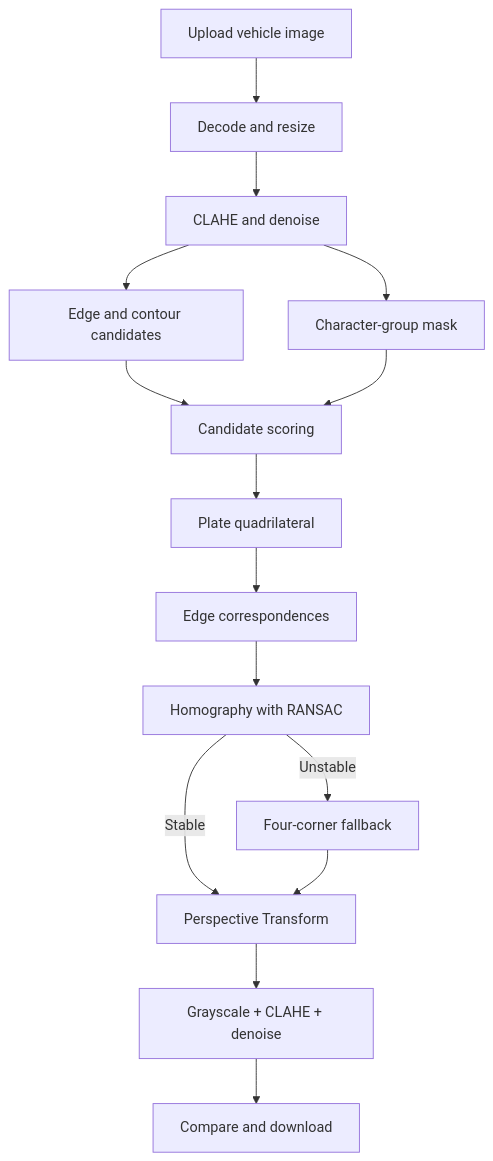
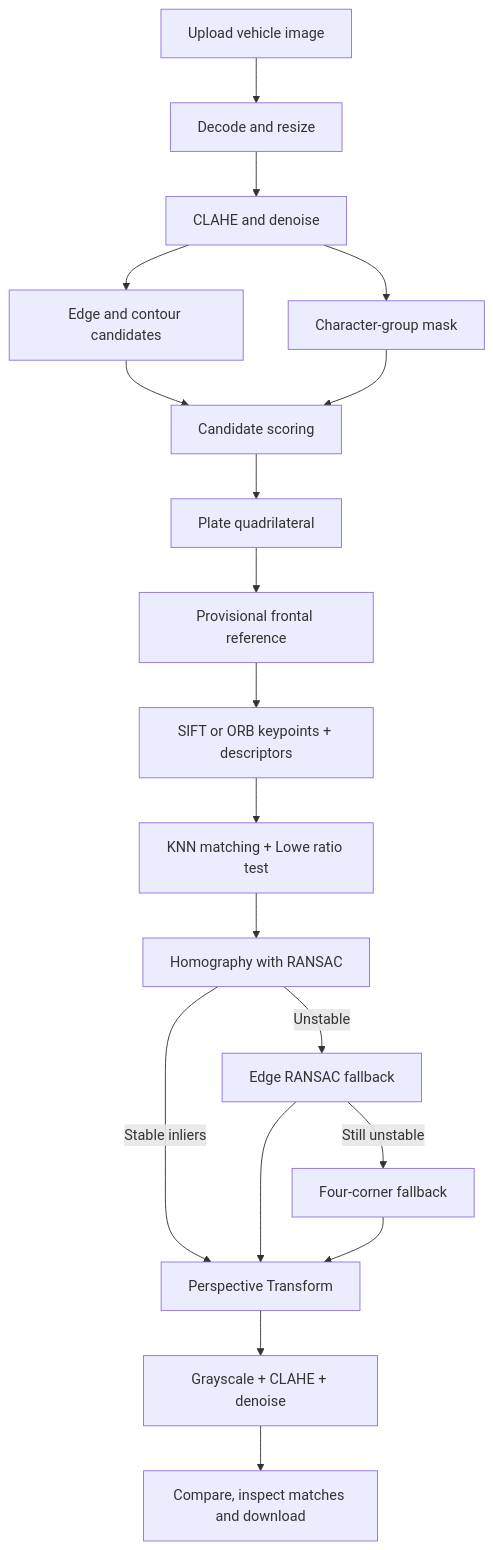
One commit to Kowit1/vehicle-plate-rectification changed the diagram in PROJECT_REPORT_GUIDE.md. Above: the diagram before and after it, drawn with Mermaid. The commit also changed other lines of this file and 4 other files, not shown here.

````diff
--- a/PROJECT_REPORT_GUIDE.md
+++ b/PROJECT_REPORT_GUIDE.md
@@ -21,17 +22,21 @@
 ```mermaid
 flowchart TD
     A[Upload vehicle image] --> B[Decode and resize]
     B --> C[CLAHE and denoise]
     C --> D[Edge and contour candidates]
     C --> E[Character-group mask]
     D --> F[Candidate scoring]
     E --> F
     F --> G[Plate quadrilateral]
-    G --> H[Edge correspondences]
-    H --> I[Homography with RANSAC]
-    I -->|Stable| J[Perspective Transform]
-    I -->|Unstable| K[Four-corner fallback]
-    K --> J
-    J --> L[Grayscale + CLAHE + denoise]
-    L --> M[Compare and download]
+    G --> H[Provisional frontal reference]
+    H --> I[SIFT or ORB keypoints + descriptors]
+    I --> J[KNN matching + Lowe ratio test]
+    J --> K[Homography with RANSAC]
+    K -->|Stable inliers| L[Perspective Transform]
+    K -->|Unstable| N[Edge RANSAC fallback]
+    N -->|Still unstable| O[Four-corner fallback]
+    N --> L
+    O --> L
+    L --> P[Grayscale + CLAHE + denoise]
+    P --> M[Compare, inspect matches and download]
 ```
````
